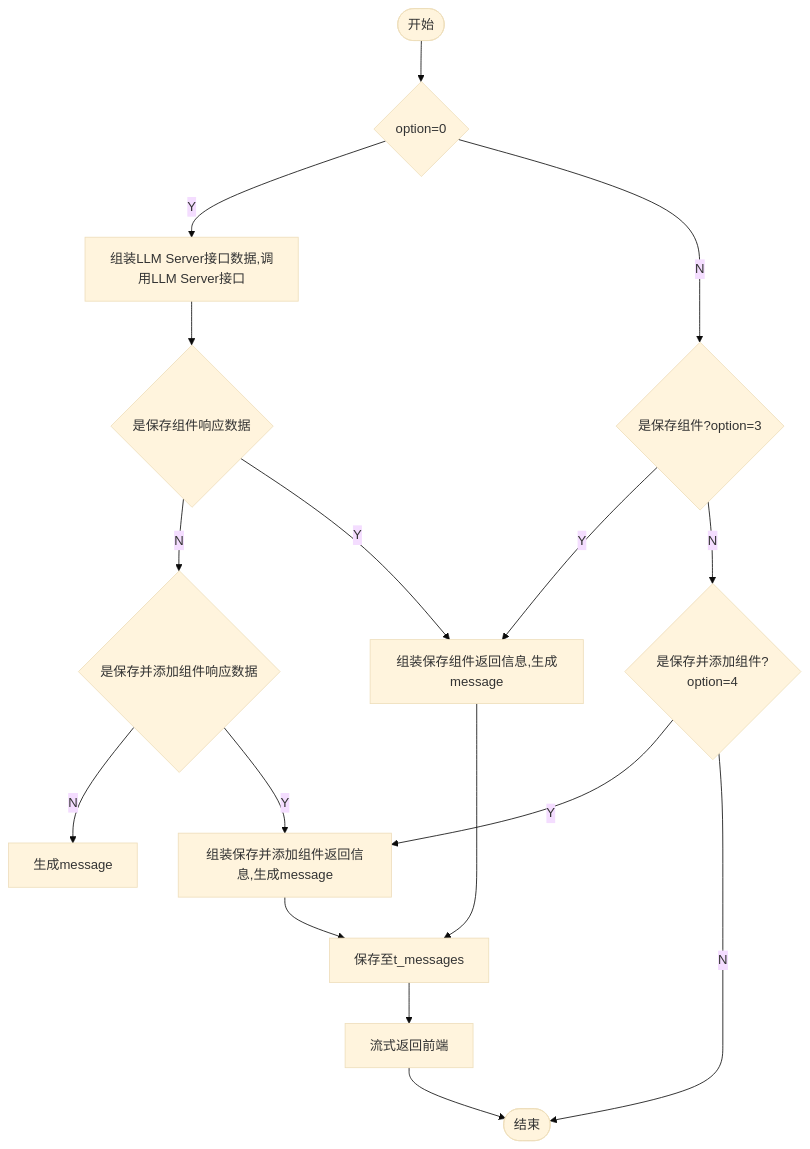
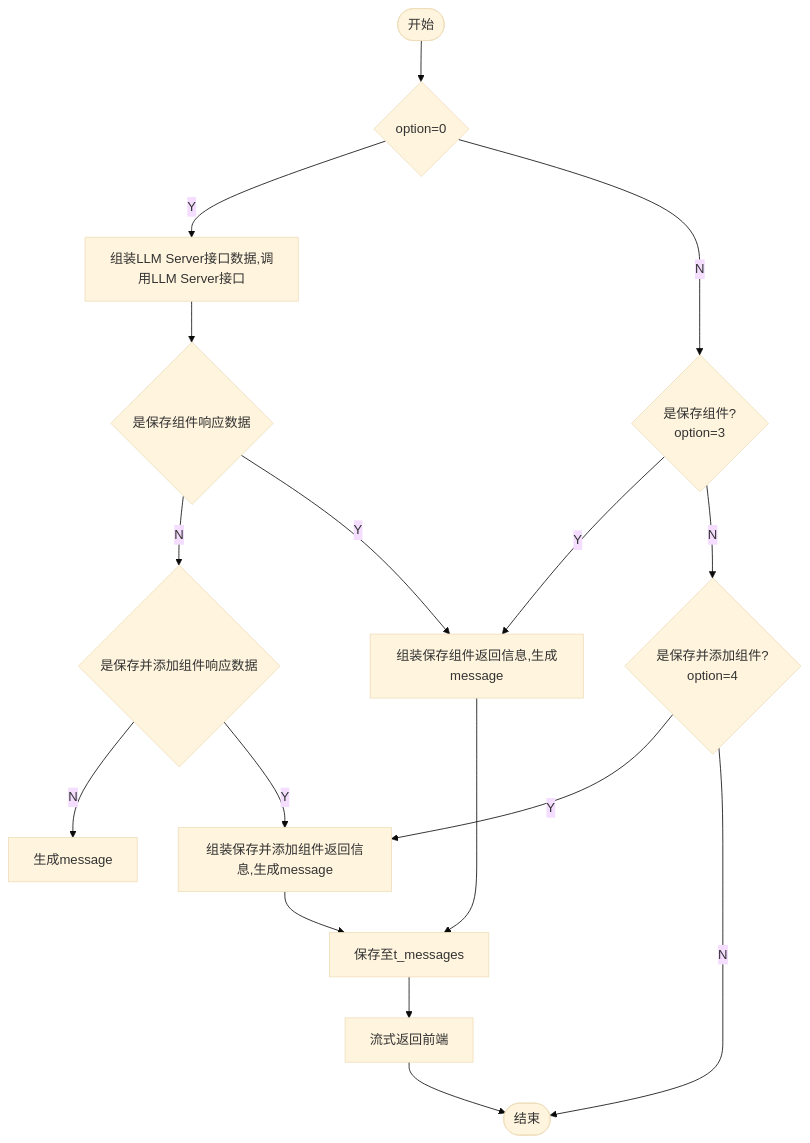
One commit to yingjianzh/iodraw-files changed the diagram in all/添加保存组件.md. Above: the diagram before and after it, drawn with Mermaid (base theme).

Commit message:
2024-10-14 13:46:45 update

````diff
--- a/all/添加保存组件.md
+++ b/all/添加保存组件.md
@@ -1,19 +1,19 @@
 ```mermaid
 flowchart TD
     A([开始]) --> B{option=0}
     B -- Y --> C[组装LLM Server接口数据,调用LLM Server接口]
-    B -- N --> D{是保存组件?option=3}
+    B -- N --> D{是保存组件? \n option=3}
     E -- N --> L{是保存并添加组件响应数据}
     E -- Y --> F[组装保存组件返回信息,生成message]
     C --> E{是保存组件响应数据}
     L -- N --> R[生成message]
     L -- Y --> K
     D -- Y --> F
-    D -- N --> J{是保存并添加组件? \noption=4}
+    D -- N --> J{是保存并添加组件? \n option=4}
     J -- Y --> K[组装保存并添加组件返回信息,生成message]
     K --> G
     J -- N --> I
     F --> G[保存至t_messages]
     G --> H[流式返回前端]
     H --> I([结束])
 ```
````
